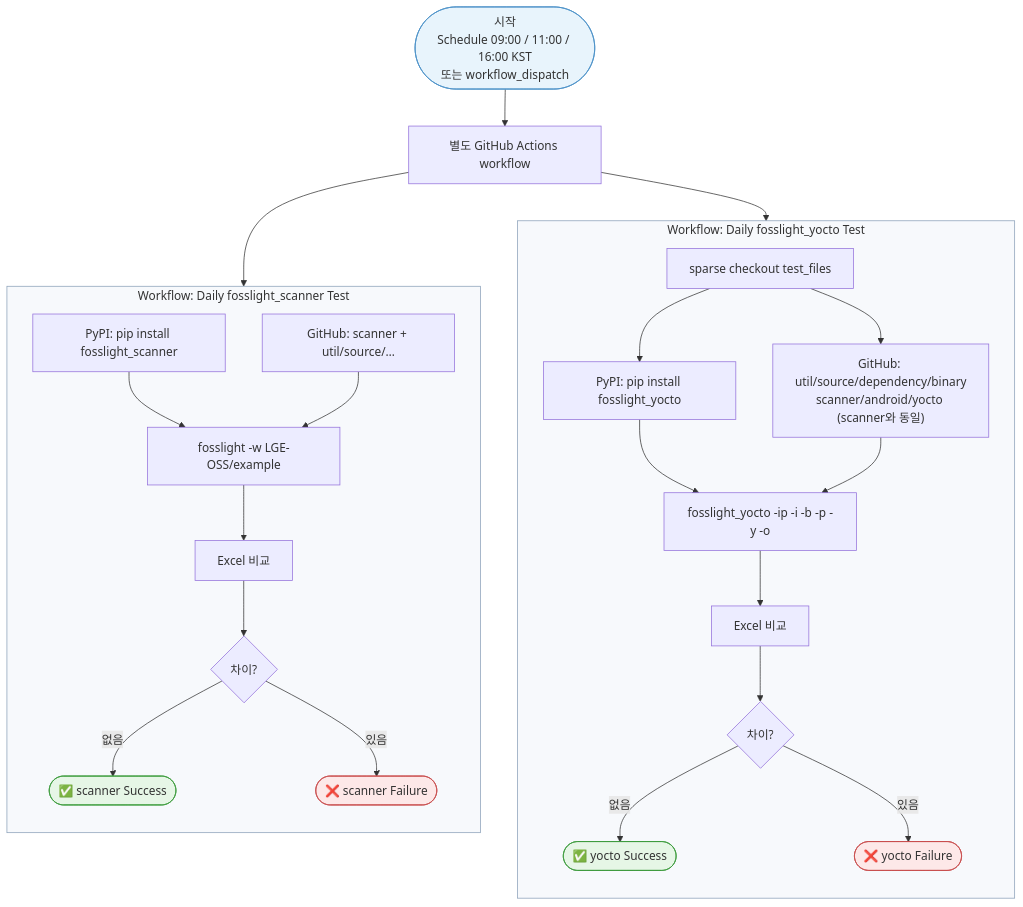
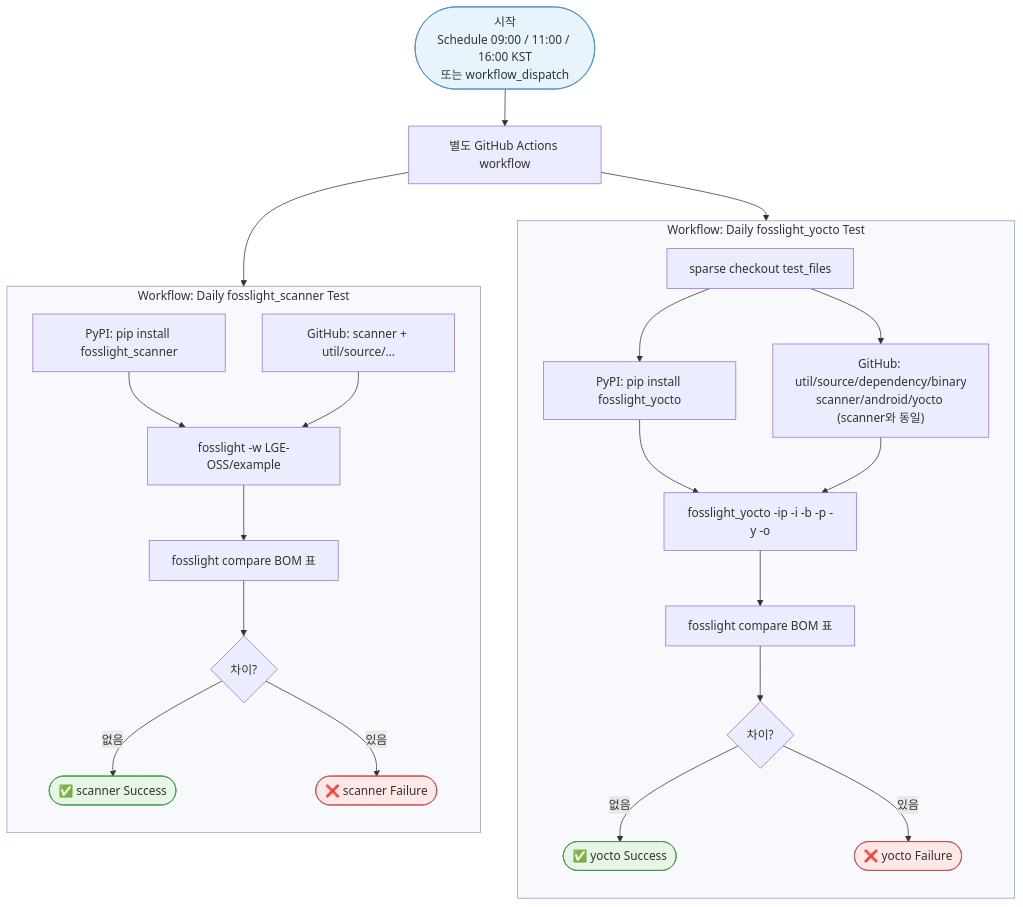
Before and after one commit to fosslight/fosslight_scanner_test: the first of 3 diagrams in docs/flowchart.md, drawn with Mermaid. The commit also changed other lines of this file and 7 other files, not shown here.

First line of the commit message:
Use fosslight compare BOM results as the primary comparison table output.

````diff
--- a/docs/flowchart.md
+++ b/docs/flowchart.md
@@ -7,48 +7,48 @@
 ```mermaid
 flowchart TD
     Start([시작<br/>Schedule 09:00 / 11:00 / 16:00 KST<br/>또는 workflow_dispatch]) --> Split
 
     Split[별도 GitHub Actions workflow]
 
     Split --> T1
     Split --> T2
 
     subgraph T1["Workflow: Daily fosslight_scanner Test"]
         direction TB
         S1["PyPI: pip install fosslight_scanner"]
         S2["GitHub: scanner + util/source/…"]
         S3["fosslight -w LGE-OSS/example"]
-        S4[Excel 비교]
+        S4["fosslight compare BOM 표"]
         S1 --> S3
         S2 --> S3
         S3 --> S4
         S4 --> SR{차이?}
         SR -->|없음| SPass([✅ scanner Success])
         SR -->|있음| SFail([❌ scanner Failure])
     end
 
     subgraph T2["Workflow: Daily fosslight_yocto Test"]
         direction TB
         Y0[sparse checkout test_files]
         Y1["PyPI: pip install fosslight_yocto"]
         Y2["GitHub: util/source/dependency/binary<br/>scanner/android/yocto (scanner와 동일)"]
         Y3["fosslight_yocto -ip -i -b -p -y -o"]
-        Y4[Excel 비교]
+        Y4["fosslight compare BOM 표"]
         Y0 --> Y1
         Y0 --> Y2
         Y1 --> Y3
         Y2 --> Y3
         Y3 --> Y4
         Y4 --> YR{차이?}
         YR -->|없음| YPass([✅ yocto Success])
         YR -->|있음| YFail([❌ yocto Failure])
     end
 
     style Start fill:#e8f4fc,stroke:#4a90c8
     style SPass fill:#e6f6e6,stroke:#3a9a3a
     style YPass fill:#e6f6e6,stroke:#3a9a3a
     style SFail fill:#fde8e8,stroke:#c84a4a
     style YFail fill:#fde8e8,stroke:#c84a4a
     style T1 fill:#f7f9fc,stroke:#8aa0b8
     style T2 fill:#f7f9fc,stroke:#8aa0b8
 ```
````
